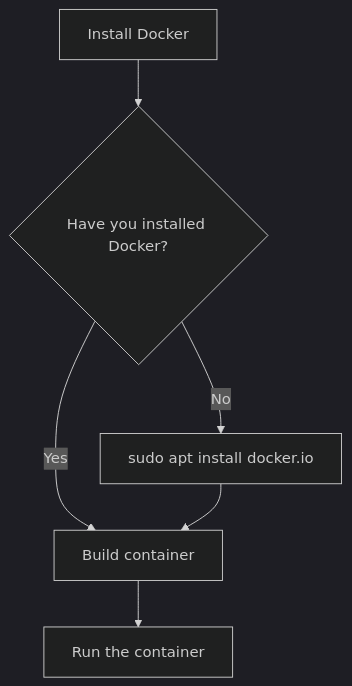
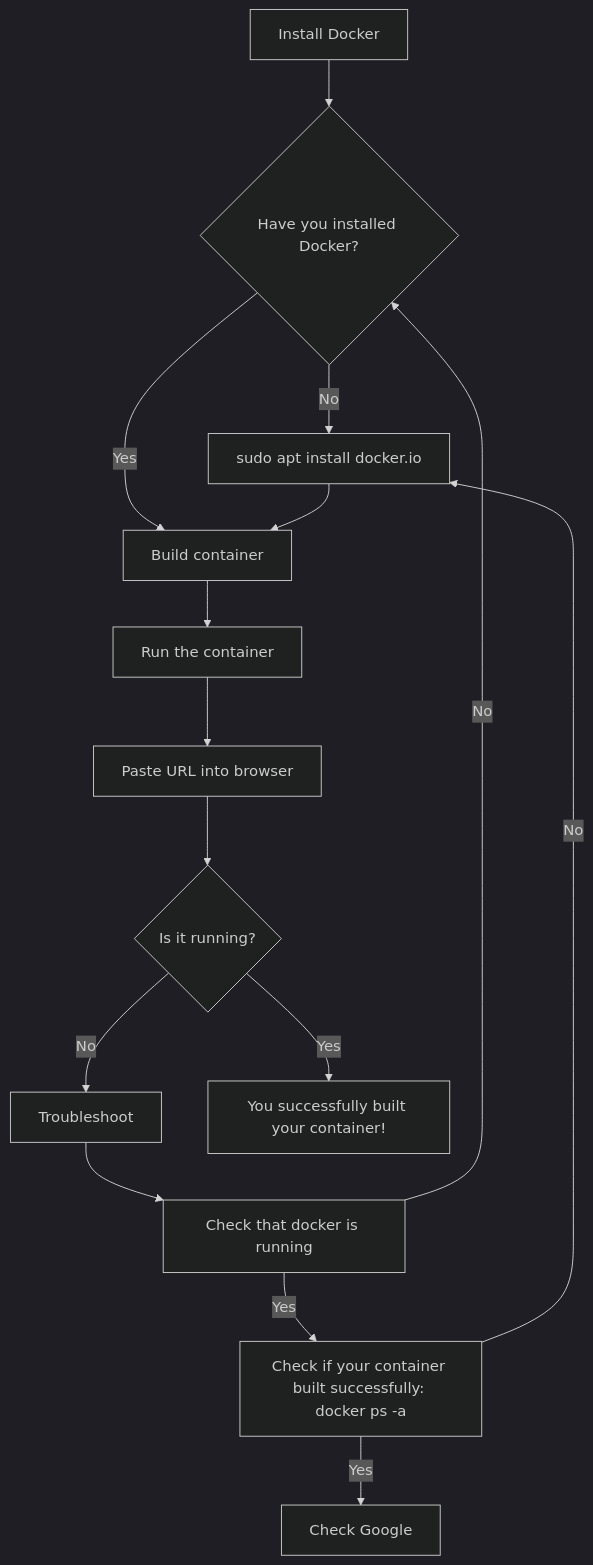
The diagram in Projects/Project5/README.md (bargaisabelle/ceg3120-bargaisabelle), drawn with Mermaid (dark theme) before and after one commit.

````diff
--- a/Projects/Project5/README.md
+++ b/Projects/Project5/README.md
@@ -129,8 +129,17 @@
 ```mermaid
   graph TD;
-      A[Install Docker] -->B{Have you installed Docker?};
+      A[Install Docker] --> B{Have you installed Docker?};
       B -- No --> C[sudo apt install docker.io];
       B -- Yes --> D[Build container];
       C --> D[Build container];
       D --> E[Run the container];
+      E --> F[Paste URL into browser];
+      F --> G{Is it running?};
+      G -- No -->H[Troubleshoot];
+      G -- Yes -->L[You successfully built your container!]
+      H --> I[Check that docker is running];
+      I -- Yes --> J[Check if your container built successfully: docker ps -a]
+      I -- No --> B;
+      J -- Yes --> K[Check Google];
+      J -- No --> C;
 ```
````
